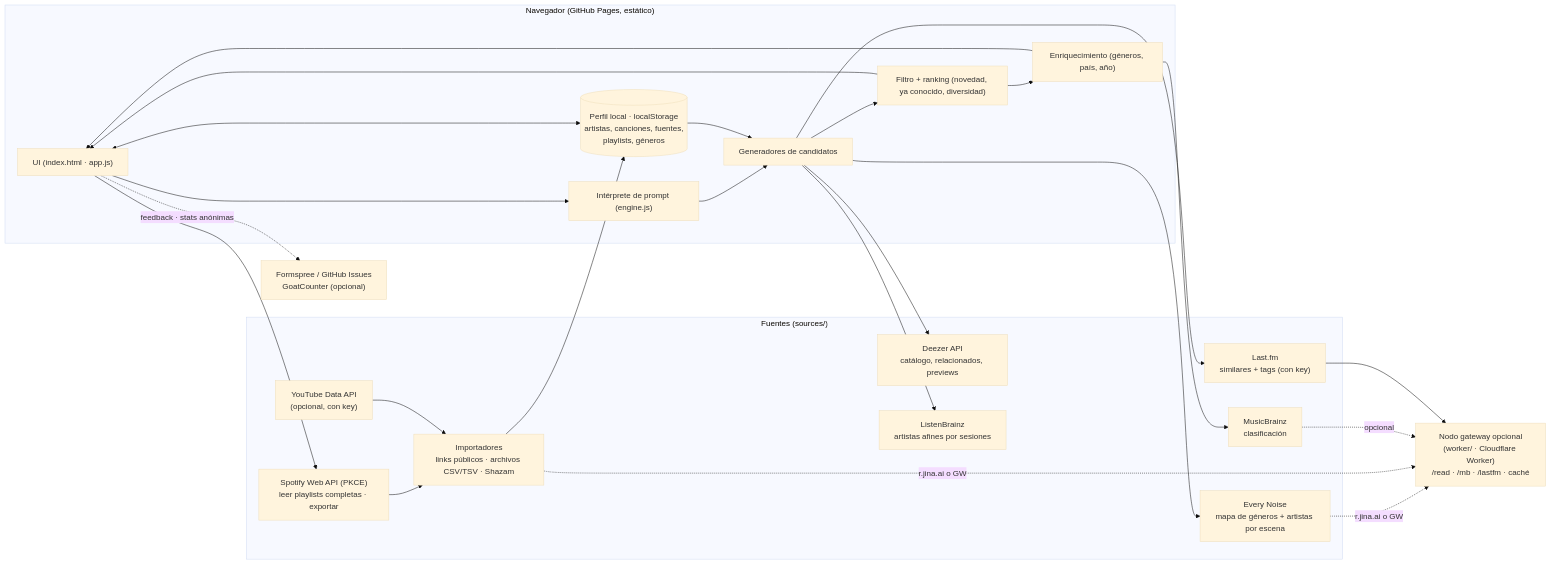
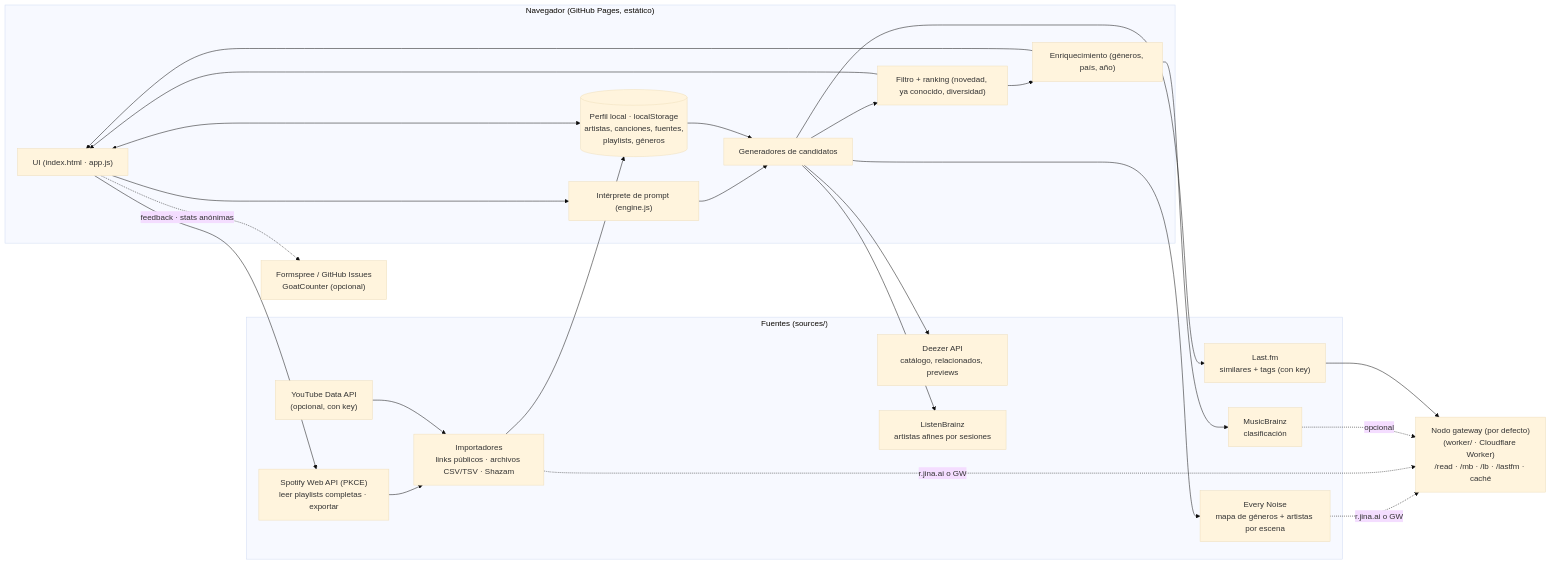
One commit to isaachanono/orbita-musica changed the diagram in ARCHITECTURE.md. Above: the diagram before and after it, drawn with Mermaid (base theme). The commit also changed other lines of this file and 8 other files, not shown here.

Commit message:
Gateway por defecto: todas las fuentes externas pasan por worker/ con fallback directo y backoff

````diff
--- a/ARCHITECTURE.md
+++ b/ARCHITECTURE.md
@@ -3,37 +3,37 @@
 ```mermaid
 flowchart LR
   subgraph Browser["Navegador (GitHub Pages, estático)"]
     UI["UI (index.html · app.js)"]
     INT["Intérprete de prompt (engine.js)"]
     GEN["Generadores de candidatos"]
     RANK["Filtro + ranking (novedad, ya conocido, diversidad)"]
     ENR["Enriquecimiento (géneros, país, año)"]
     PROF[("Perfil local · localStorage\nartistas, canciones, fuentes,\nplaylists, géneros")]
   end
   subgraph Sources["Fuentes (sources/)"]
     DZ["Deezer API\ncatálogo, relacionados, previews"]
     EN["Every Noise\nmapa de géneros + artistas por escena"]
     MB["MusicBrainz\nclasificación"]
     LB["ListenBrainz\nartistas afines por sesiones"]
     LF["Last.fm\nsimilares + tags (con key)"]
     IMP["Importadores\nlinks públicos · archivos CSV/TSV · Shazam"]
     SP["Spotify Web API (PKCE)\nleer playlists completas · exportar"]
     YT["YouTube Data API\n(opcional, con key)"]
   end
-  GW["Nodo gateway opcional\n(worker/ · Cloudflare Worker)\n/read · /mb · /lastfm · caché"]
+  GW["Nodo gateway (por defecto)\n(worker/ · Cloudflare Worker)\n/read · /mb · /lb · /lastfm · caché"]
   UI --> INT --> GEN --> RANK --> UI
   RANK --> ENR --> UI
   PROF <--> UI
   PROF --> GEN
   GEN --> DZ & EN & LB & LF
   ENR --> MB
   IMP --> PROF
   UI --> SP
   SP --> IMP
   YT --> IMP
   UI -. "feedback · stats anónimas" .-> FB["Formspree / GitHub Issues\nGoatCounter (opcional)"]
   EN -. "r.jina.ai o GW" .-> GW
   IMP -. "r.jina.ai o GW" .-> GW
   MB -. "opcional" .-> GW
   LF --> GW
 ```
````
